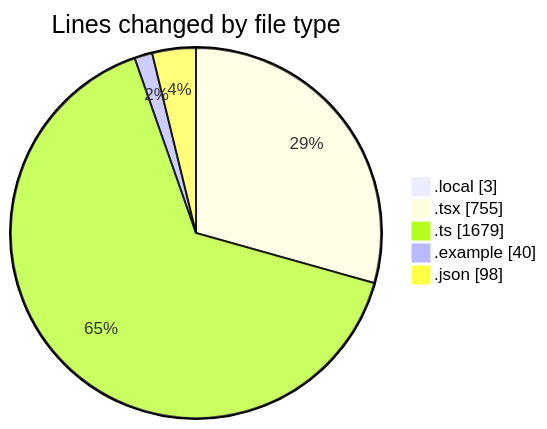
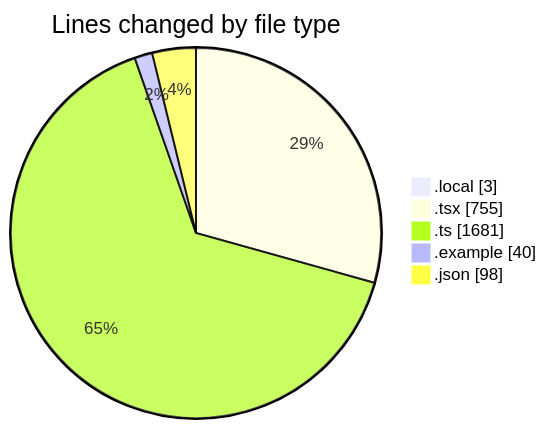
One commit to julien-gomy/code-tracking changed the first of 2 diagrams in 2025-11-20/eventscop-frontend-guide__workspace_/README.md. Above: the diagram before and after it, drawn with Mermaid. The commit also changed other lines of this file and 1 other file, not shown here.

````diff
--- a/2025-11-20/eventscop-frontend-guide__workspace_/README.md
+++ b/2025-11-20/eventscop-frontend-guide__workspace_/README.md
@@ -50,9 +50,9 @@
 ```mermaid
 pie showData
 title Lines changed by file type
 ".local" : 3
 ".tsx" : 755
-".ts" : 1679
+".ts" : 1681
 ".example" : 40
 ".json" : 98
 ```
````
